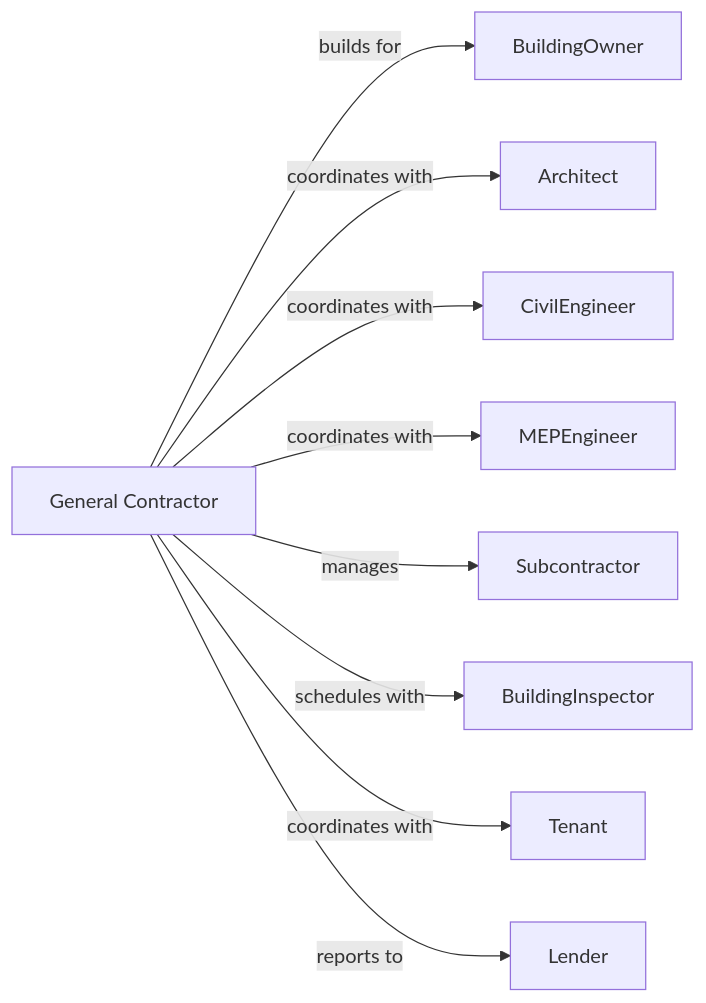
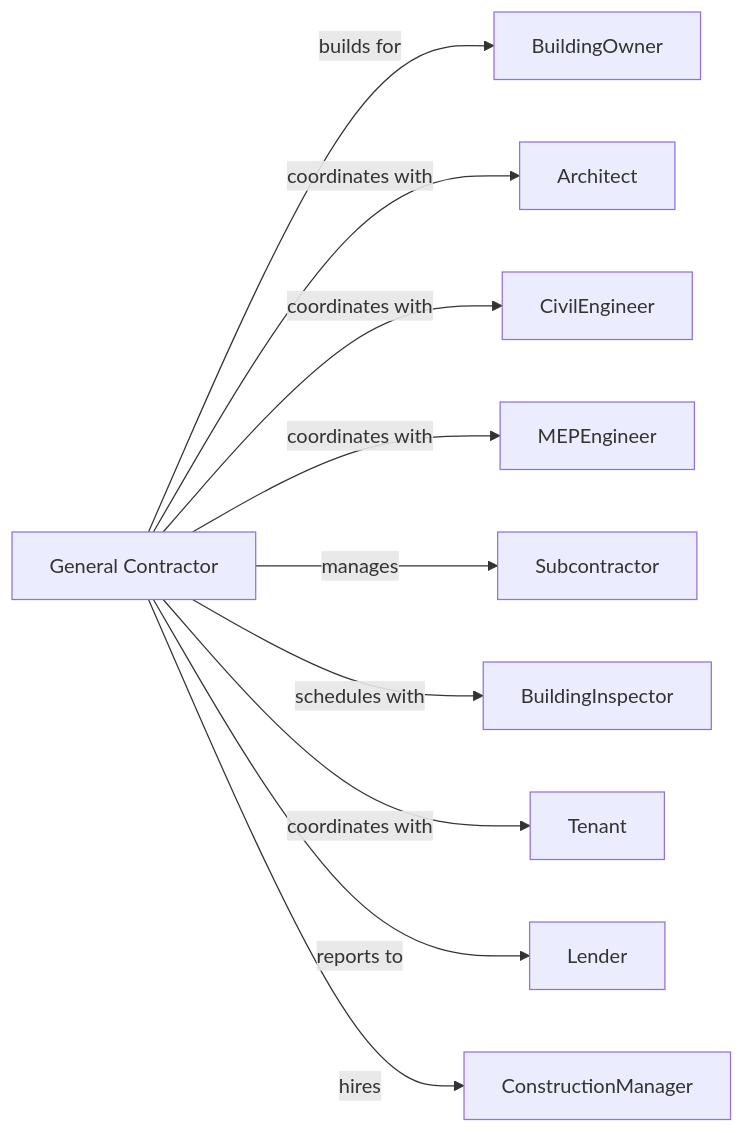
The second of 2 diagrams in Construction/ConstructionOfBuildings/NonresidentialBuildingConstruction/CommercialAndInstitutionalBuildingConstruction.mdx (dot-org-ai/industries.org.ai), drawn with Mermaid before and after one commit. The commit also changed other lines of this file and 588 other files, not shown here.

````diff
--- a/Construction/ConstructionOfBuildings/NonresidentialBuildingConstruction/CommercialAndInstitutionalBuildingConstruction.mdx
+++ b/Construction/ConstructionOfBuildings/NonresidentialBuildingConstruction/CommercialAndInstitutionalBuildingConstruction.mdx
@@ -130,13 +130,14 @@
 ```mermaid
 graph LR
     GC[General Contractor]
 
     GC -->|builds for| BuildingOwner
     GC -->|coordinates with| Architect
     GC -->|coordinates with| CivilEngineer
     GC -->|coordinates with| MEPEngineer
     GC -->|manages| Subcontractor
     GC -->|schedules with| BuildingInspector
     GC -->|coordinates with| Tenant
     GC -->|reports to| Lender
+    GC -->|hires| ConstructionManager
 ```
````
